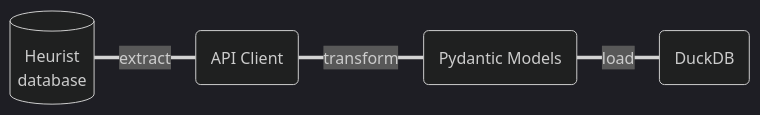
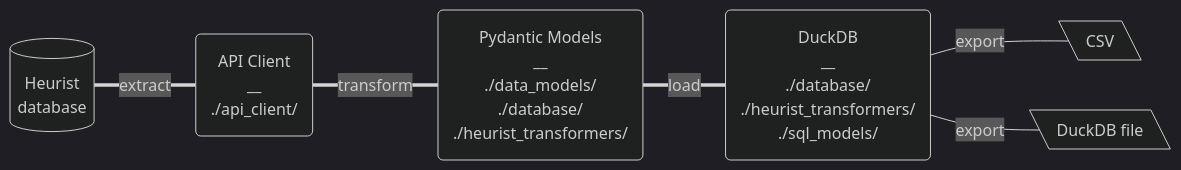
Before and after one commit to LostMa-ERC/heurist-api: the diagram in README.md, drawn with Mermaid (dark theme). The commit also changed other lines of this file, not shown here.

Commit message:
update schema

````diff
--- a/README.md
+++ b/README.md
@@ -8,11 +10,16 @@
 ```mermaid
 flowchart LR
 
     Source@{ shape: cyl, label: "Heurist\ndatabase" }
-    Extract@{ shape: rounded, label: "API Client" }
-    Transform@{ shape: rounded, label: "Pydantic Models" }
-    Load@{ shape: rounded, label: "DuckDB" }
+    Extract@{ shape: rounded, label: "API Client\n__\n./api_client/" }
+    Transform@{ shape: rounded, label: "Pydantic Models\n__\n./data_models/\n./database/\n./heurist_transformers/" }
+    Load@{ shape: rounded, label: "DuckDB\n__\n./database/\n./heurist_transformers/\n./sql_models/" }
+    CSV@{ shape: lean-l, label: "CSV"}
+    DuckDB@{ shape: lean-l, label: "DuckDB file" }
 
     Source ===|extract|Extract ===|transform|Transform ===|load|Load
 
+    Load ---|export|CSV
+    Load ---|export|DuckDB
+
 ```
````
